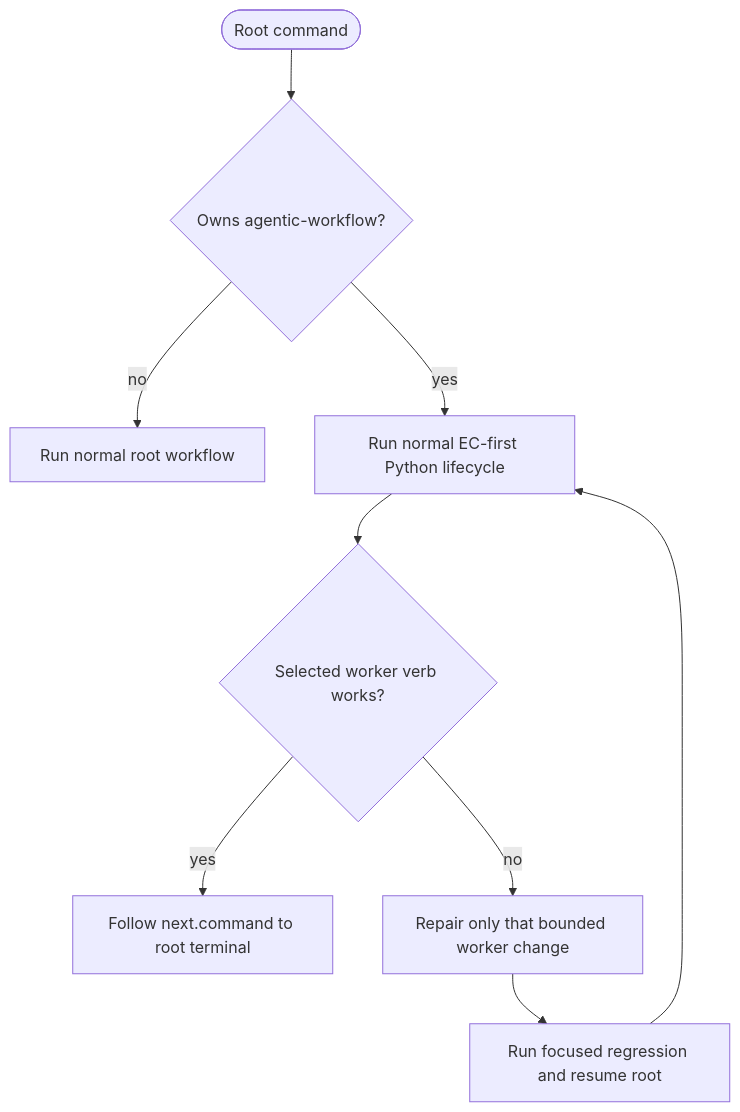
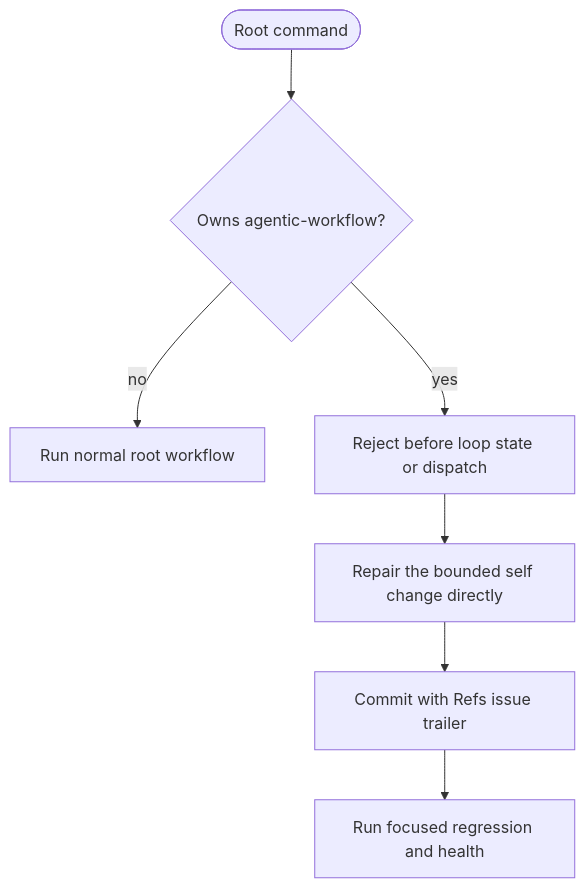
Before and after one commit to chrischeng-c4/axiom: the first of 2 diagrams in apps/agentic-workflow/tech-design/surface/specs/aw-self-hosting-runner-policy.md, drawn with Mermaid. The commit also changed other lines of this file and 70 other files, not shown here.

First line of the commit message:
feat(aw): complete Python-first artifact dogfood

````diff
--- a/apps/agentic-workflow/tech-design/surface/specs/aw-self-hosting-runner-policy.md
+++ b/apps/agentic-workflow/tech-design/surface/specs/aw-self-hosting-runner-policy.md
@@ -49,14 +45,12 @@
 ```mermaid
 ---
 id: aw-self-hosting-runner-policy-flow
 ---
 flowchart TD
     start([Root command]) --> identity{Owns agentic-workflow?}
     identity -->|no| generic[Run normal root workflow]
-    identity -->|yes| lifecycle[Run normal EC-first Python lifecycle]
-    lifecycle --> worker{Selected worker verb works?}
-    worker -->|yes| continue[Follow next.command to root terminal]
-    worker -->|no| direct[Repair only that bounded worker change]
-    direct --> verify[Run focused regression and resume root]
-    verify --> lifecycle
+    identity -->|yes| reject[Reject before loop state or dispatch]
+    reject --> direct[Repair the bounded self change directly]
+    direct --> trailer[Commit with Refs issue trailer]
+    trailer --> verify[Run focused regression and health]
 ```
````
